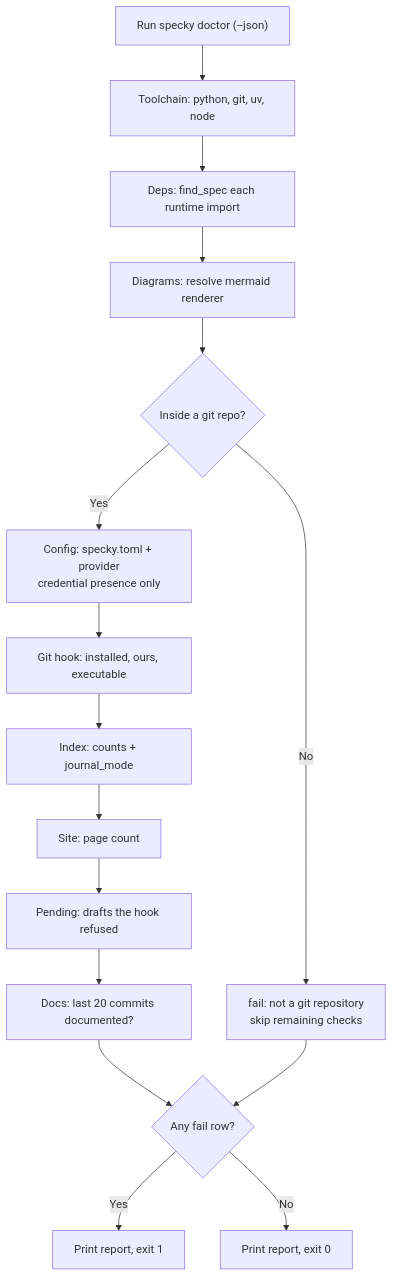
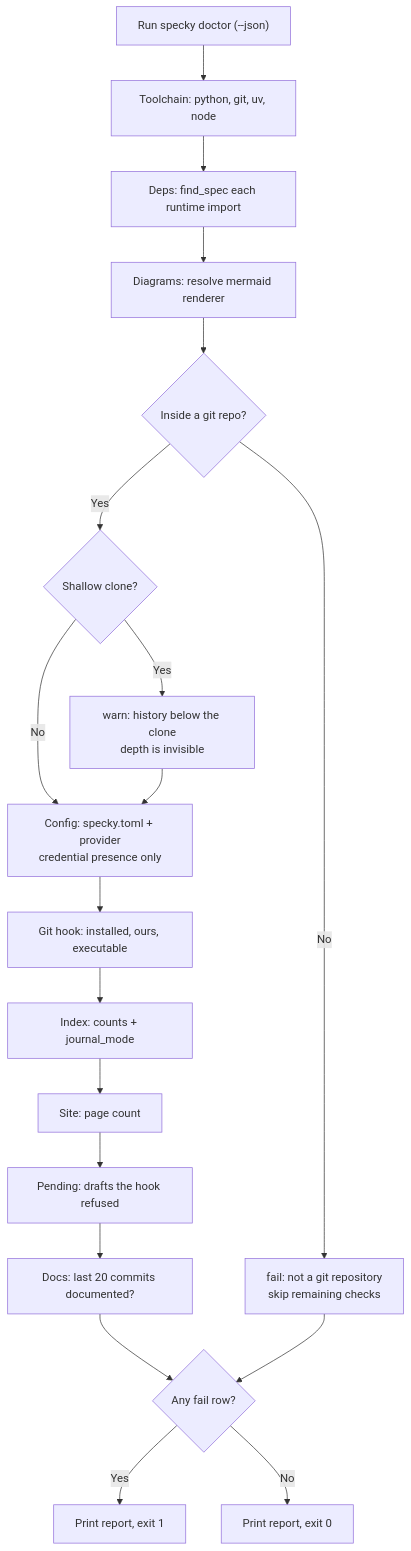
Before and after one commit to danyyacoub/specky: the diagram in specs/cli/doctor.md, drawn with Mermaid. The commit also changed other lines of this file and 17 other files, not shown here.

````diff
--- a/specs/cli/doctor.md
+++ b/specs/cli/doctor.md
@@ -71,18 +80,21 @@
 ```mermaid
 flowchart TD
     A["Run specky doctor (--json)"] --> B["Toolchain: python, git, uv, node"]
     B --> N["Deps: find_spec each runtime import"]
     N --> C["Diagrams: resolve mermaid renderer"]
     C --> D{"Inside a git repo?"}
     D -->|No| E["fail: not a git repository<br/>skip remaining checks"]
-    D -->|Yes| F["Config: specky.toml + provider<br/>credential presence only"]
+    D -->|Yes| O{"Shallow clone?"}
+    O -->|Yes| Q["warn: history below the clone<br/>depth is invisible"]
+    O -->|No| F
+    Q --> F["Config: specky.toml + provider<br/>credential presence only"]
     F --> G["Git hook: installed, ours, executable"]
     G --> H["Index: counts + journal_mode"]
     H --> I["Site: page count"]
     I --> P["Pending: drafts the hook refused"]
     P --> J["Docs: last 20 commits documented?"]
     J --> K{"Any fail row?"}
     E --> K
     K -->|Yes| L["Print report, exit 1"]
     K -->|No| M["Print report, exit 0"]
 ```
````
